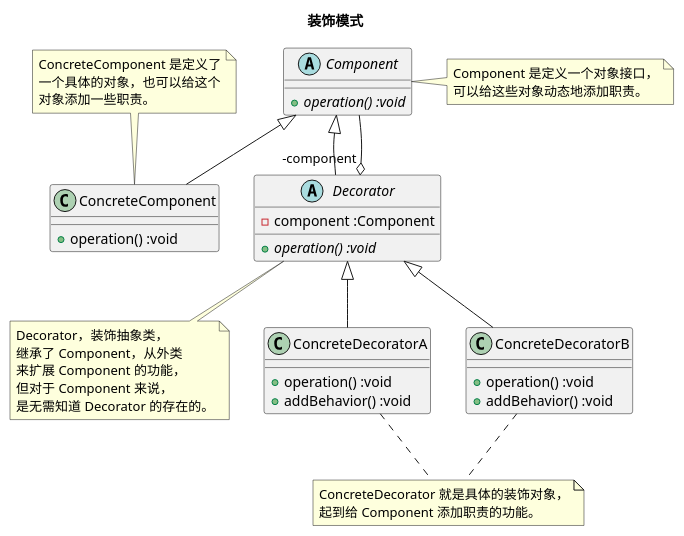
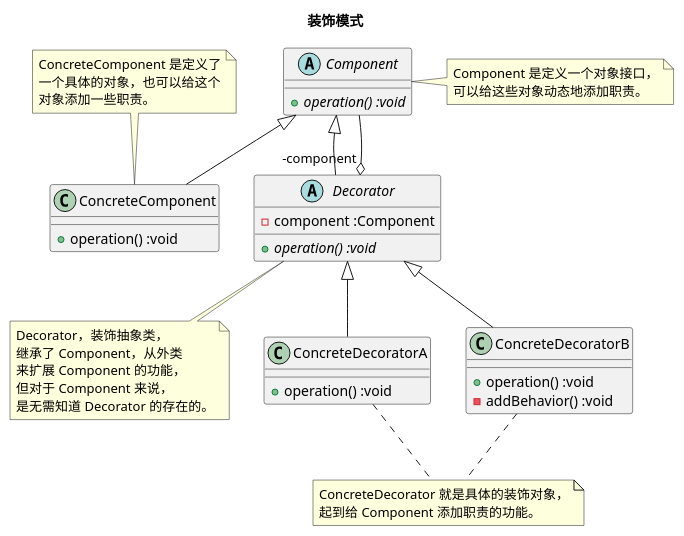
Before and after one commit to diguage/deep-in-design-patterns: the diagram in puml/decorator.puml, drawn with PlantUML. The commit also changed 6 other files, not shown here.

```diff
--- a/puml/decorator.puml
+++ b/puml/decorator.puml
@@ -1,45 +1,44 @@
 @startuml
 
 title <b>装饰模式</b>
 
 abstract class Component {
   + {abstract} operation() :void
 }
 note right: Component 是定义一个对象接口，\n可以给这些对象动态地添加职责。
 
 class ConcreteComponent {
   + operation() :void
 }
 note "ConcreteComponent 是定义了\n一个具体的对象，也可以给这个\n对象添加一些职责。" as ccn
 ccn .. ConcreteComponent
 
 abstract class Decorator {
   - component :Component
   + {abstract} operation() :void
 }
 note "Decorator，装饰抽象类，\n继承了 Component，从外类\n来扩展 Component 的功能，\n但对于 Component 来说，\n是无需知道 Decorator 的存在的。" as dn
 Decorator .. dn
 
 class ConcreteDecoratorA {
   + operation() :void
-  + addBehavior() :void
 }
 
 class ConcreteDecoratorB {
   + operation() :void
-  + addBehavior() :void
+  - addBehavior() :void
 }
 note "ConcreteDecorator 就是具体的装饰对象，\n起到给 Component 添加职责的功能。" as cdn
 'cdn .. ConcreteDecoratorA
 'cdn .. ConcreteDecoratorB
 ConcreteDecoratorA .. cdn
 ConcreteDecoratorB .. cdn
 
 Decorator "-component" o-- Component
 
 Component <|-- ConcreteComponent
 Component <|-- Decorator
 Decorator <|-- ConcreteDecoratorA
 Decorator <|-- ConcreteDecoratorB
 
 @enduml
```
